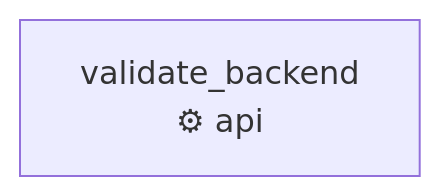
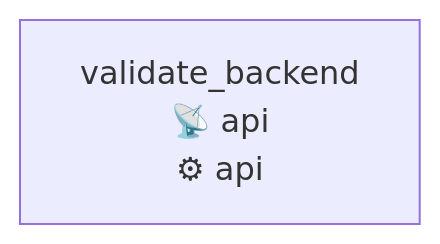
Before and after one commit to jeffersonmachado/r-agent2: the diagram in docs/diagrams/qa-waves/journey-omnichannel-omnichannel_engagement-cap_omnichannel_pbx.md, drawn with Mermaid. The commit also changed other lines of this file and 74 other files, not shown here.

First line of the commit message:
docs(qa-waves): roteiros de jornada + diagramas + status de plataforma

````diff
--- a/docs/diagrams/qa-waves/journey-omnichannel-omnichannel_engagement-cap_omnichannel_pbx.md
+++ b/docs/diagrams/qa-waves/journey-omnichannel-omnichannel_engagement-cap_omnichannel_pbx.md
@@ -5,5 +5,5 @@
 ```mermaid
 flowchart LR
-    step_cap_omnichannel_pbx_1["validate_backend\n⚙ api"]
+    step_cap_omnichannel_pbx_1["validate_backend\n📡 api\n⚙ api"]
 
 ```
````
